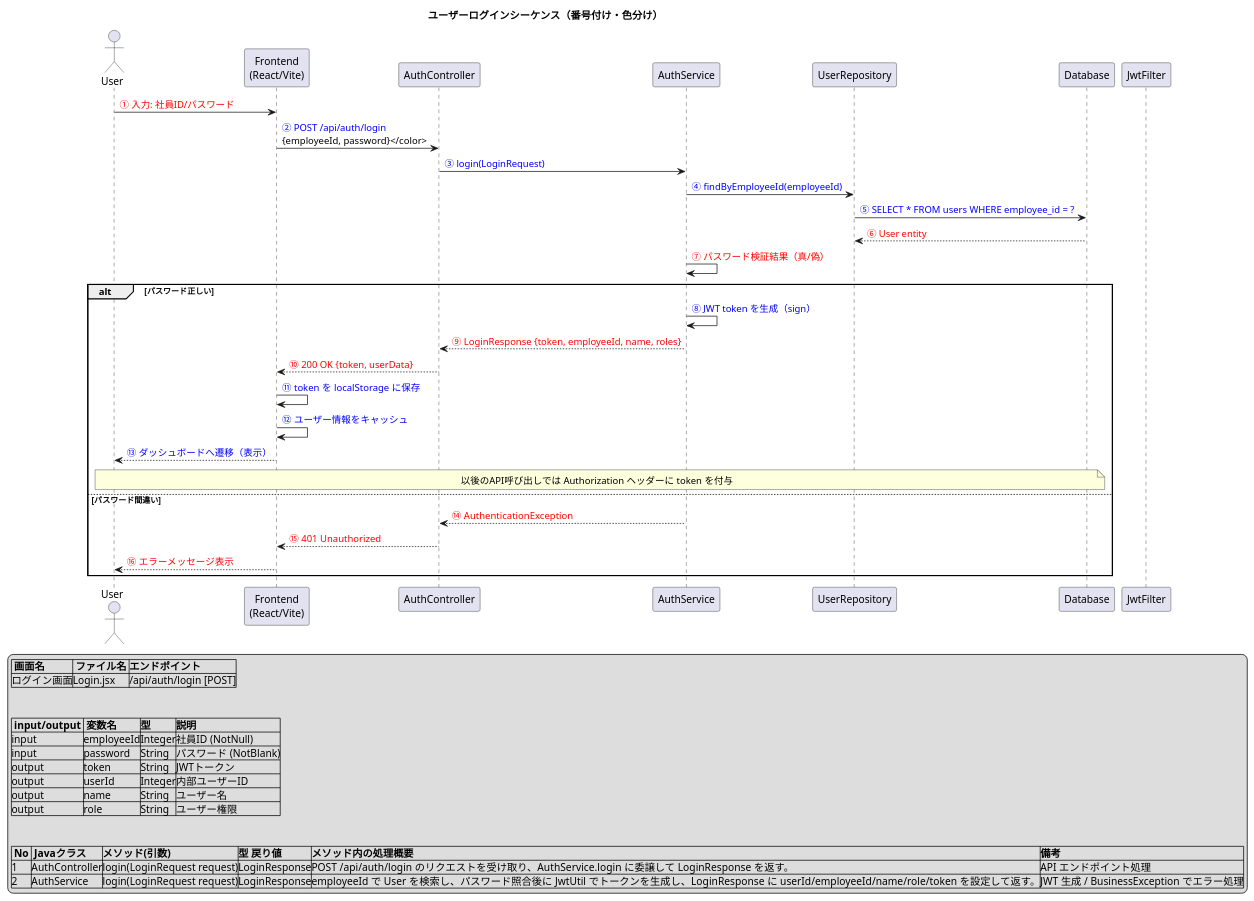
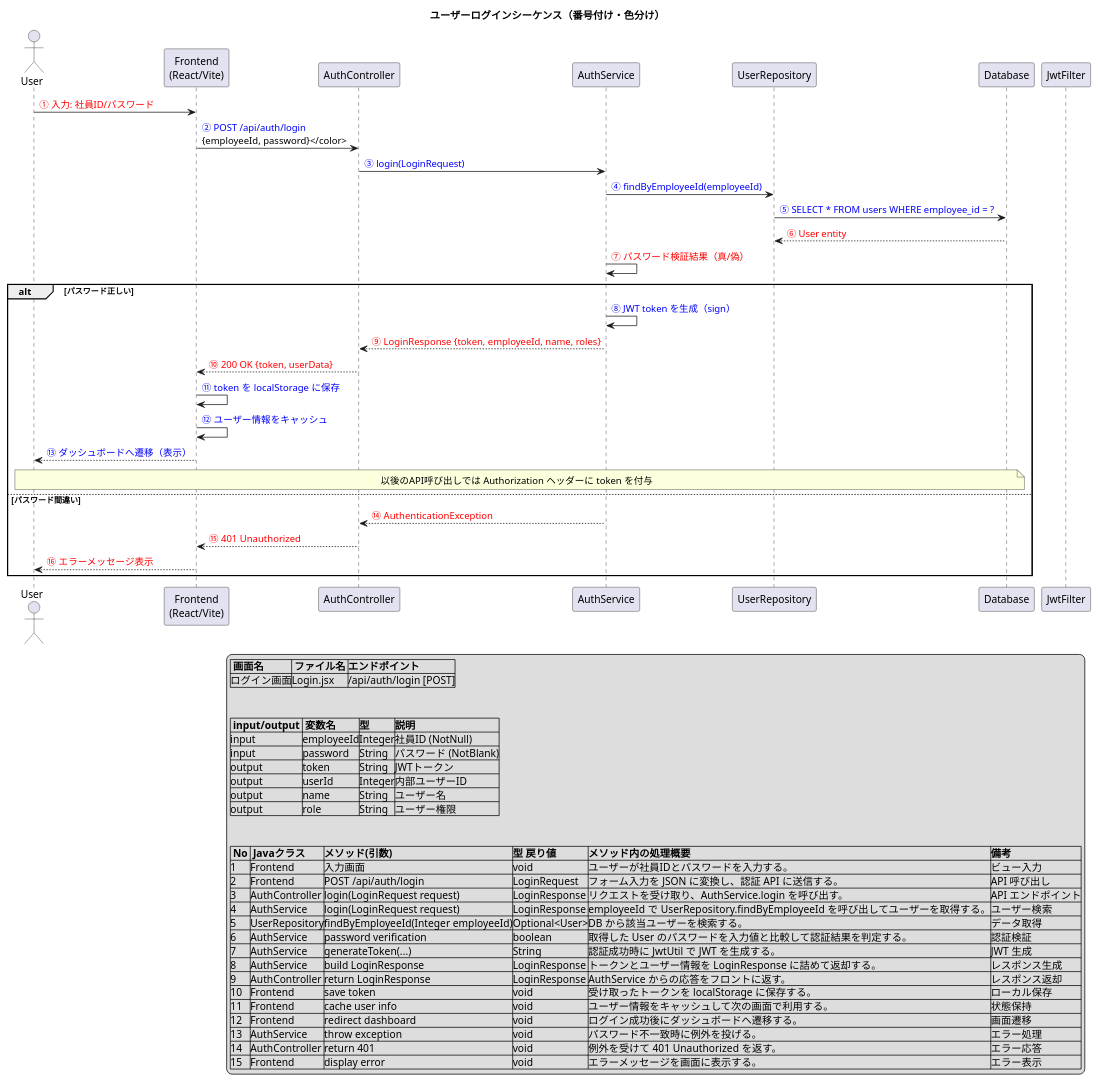
One commit to MyonsokuI/work_preview_app changed the diagram in docs/uml/sequence/sequence-login-flow.puml. Above: the diagram before and after it, drawn with PlantUML. The commit also changed 4 other files, not shown here.

Commit message:
Enhance UML sequence diagrams with endpoint design and detailed input/output specifications for admin progress check, user journey, JWT authentication, login flow, and question-answer flow

```diff
--- a/docs/uml/sequence/sequence-login-flow.puml
+++ b/docs/uml/sequence/sequence-login-flow.puml
@@ -5,75 +5,88 @@
 @startuml ログインフロー
 
 title ユーザーログインシーケンス（番号付け・色分け）
 
 actor User as user
 participant "Frontend\n(React/Vite)" as frontend
 participant "AuthController" as authController
 participant "AuthService" as authService
 participant "UserRepository" as userRepo
 participant "Database" as db
 participant "JwtFilter" as jwtFilter
 
 ' 色ルール: 赤 = データを受け取る（ビュー入力、DBのSELECT結果など）、青 = データを渡す（POST/INSERT/UPDATE等）
 
 user -> frontend: <color:red>① 入力: 社員ID/パスワード</color>
 frontend -> authController: <color:blue>② POST /api/auth/login\n{employeeId, password}</color>
 
 authController -> authService: <color:blue>③ login(LoginRequest)</color>
 
 authService -> userRepo: <color:blue>④ findByEmployeeId(employeeId)</color>
 userRepo -> db: <color:blue>⑤ SELECT * FROM users WHERE employee_id = ?</color>
 db --> userRepo: <color:red>⑥ User entity</color>
 
 authService -> authService: <color:red>⑦ パスワード検証結果（真/偽）</color>
 
 alt パスワード正しい
     authService -> authService: <color:blue>⑧ JWT token を生成（sign）</color>
     authService --> authController: <color:red>⑨ LoginResponse {token, employeeId, name, roles}</color>
     
     authController --> frontend: <color:red>⑩ 200 OK {token, userData}</color>
     
     frontend -> frontend: <color:blue>⑪ token を localStorage に保存</color>
     frontend -> frontend: <color:blue>⑫ ユーザー情報をキャッシュ</color>
     
     frontend --> user: <color:blue>⑬ ダッシュボードへ遷移（表示）</color>
     
     note over user, db
         以後のAPI呼び出しでは Authorization ヘッダーに token を付与
     end note
     
 else パスワード間違い
     authService --> authController: <color:red>⑭ AuthenticationException</color>
     authController --> frontend: <color:red>⑮ 401 Unauthorized</color>
     frontend --> user: <color:red>⑯ エラーメッセージ表示</color>
 end
 
 '② エンドポイント　設計する機能内で使用するページのエンドポイントを指定する。
 legend right
 |= 画面名 |= ファイル名 |=エンドポイント|
 |ログイン画面|Login.jsx|/api/auth/login [POST]|
 
 
 '③ インプット・アウトプット:ユーザーに提供する機能単位で記述する。
 |= input/output |= 変数名 |=型|=説明|
 |input|employeeId|Integer|社員ID (NotNull)|
 |input|password|String|パスワード (NotBlank)|
 |output|token|String|JWTトークン|
 |output|userId|Integer|内部ユーザーID|
 |output|name|String|ユーザー名|
 |output|role|String|ユーザー権限|
 
 /'
 ④ ①の図の詳細説明表
 - Javaクラス名：メソッドを実装するクラス名を記述する。（クラス図参照） 　   
 - 処理メソッド名：使用するメソッド名を記述する。（クラス図参照）
 - 処理の流れ：メソッド内の処理内容を順番通りに日本語で説明する。図にも入力・出力の変数を示すが、言葉でより詳細に説明する。
 　（メソッドが呼び出される条件、メソッド内での条件分岐、変数にはどのような値が入っているか）
 - 備考：（実装のヒントや使用想定の要素技術などを記述する。）'/
 
 |= No |= Javaクラス |=メソッド(引数)|=型 戻り値|=メソッド内の処理概要|=備考|
-|1|AuthController|login(LoginRequest request)|LoginResponse|POST /api/auth/login のリクエストを受け取り、AuthService.login に委譲して LoginResponse を返す。|API エンドポイント処理|
-|2|AuthService|login(LoginRequest request)|LoginResponse|employeeId で User を検索し、パスワード照合後に JwtUtil でトークンを生成し、LoginResponse に userId/employeeId/name/role/token を設定して返す。|JWT 生成 / BusinessException でエラー処理|
+|1|Frontend|入力画面|void|ユーザーが社員IDとパスワードを入力する。|ビュー入力|
+|2|Frontend|POST /api/auth/login|LoginRequest|フォーム入力を JSON に変換し、認証 API に送信する。|API 呼び出し|
+|3|AuthController|login(LoginRequest request)|LoginResponse|リクエストを受け取り、AuthService.login を呼び出す。|API エンドポイント|
+|4|AuthService|login(LoginRequest request)|LoginResponse|employeeId で UserRepository.findByEmployeeId を呼び出してユーザーを取得する。|ユーザー検索|
+|5|UserRepository|findByEmployeeId(Integer employeeId)|Optional<User>|DB から該当ユーザーを検索する。|データ取得|
+|6|AuthService|password verification|boolean|取得した User のパスワードを入力値と比較して認証結果を判定する。|認証検証|
+|7|AuthService|generateToken(...)|String|認証成功時に JwtUtil で JWT を生成する。|JWT 生成|
+|8|AuthService|build LoginResponse|LoginResponse|トークンとユーザー情報を LoginResponse に詰めて返却する。|レスポンス生成|
+|9|AuthController|return LoginResponse|LoginResponse|AuthService からの応答をフロントに返す。|レスポンス返却|
+|10|Frontend|save token|void|受け取ったトークンを localStorage に保存する。|ローカル保存|
+|11|Frontend|cache user info|void|ユーザー情報をキャッシュして次の画面で利用する。|状態保持|
+|12|Frontend|redirect dashboard|void|ログイン成功後にダッシュボードへ遷移する。|画面遷移|
+|13|AuthService|throw exception|void|パスワード不一致時に例外を投げる。|エラー処理|
+|14|AuthController|return 401|void|例外を受けて 401 Unauthorized を返す。|エラー応答|
+|15|Frontend|display error|void|エラーメッセージを画面に表示する。|エラー表示|
 endlegend
 
 @enduml
```
